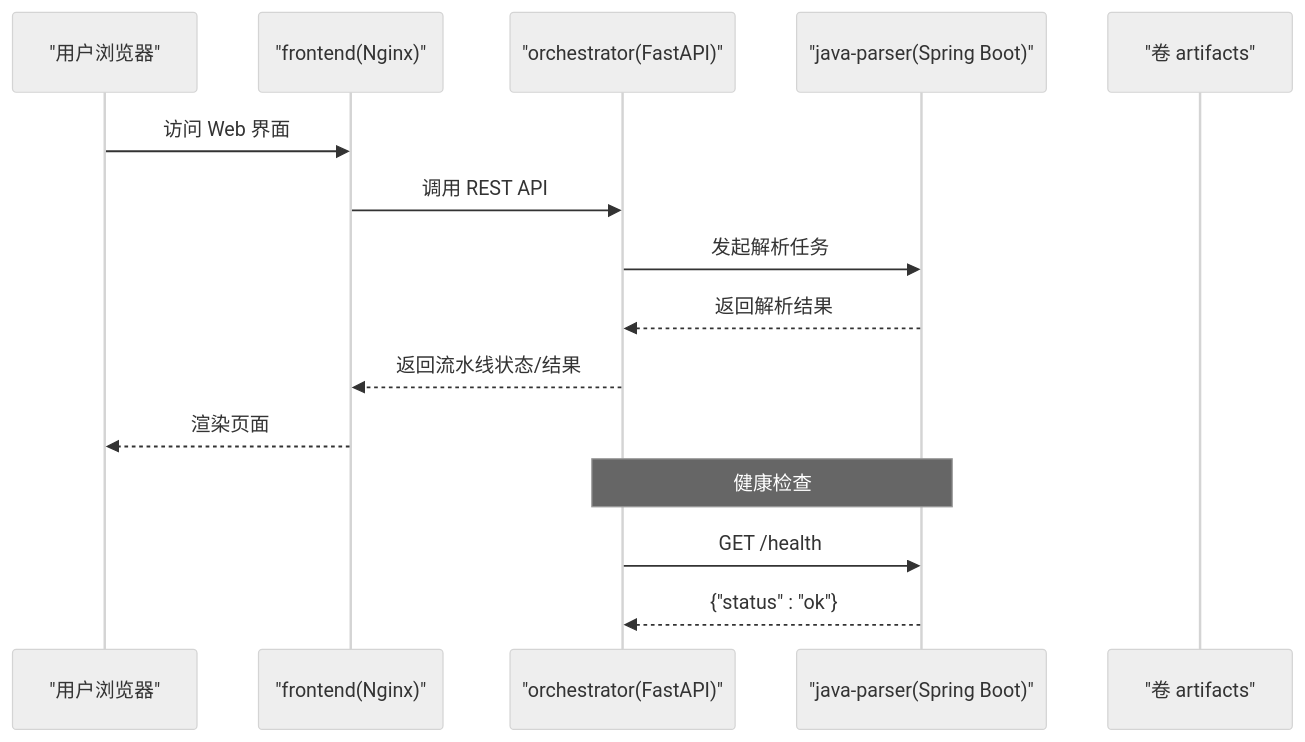
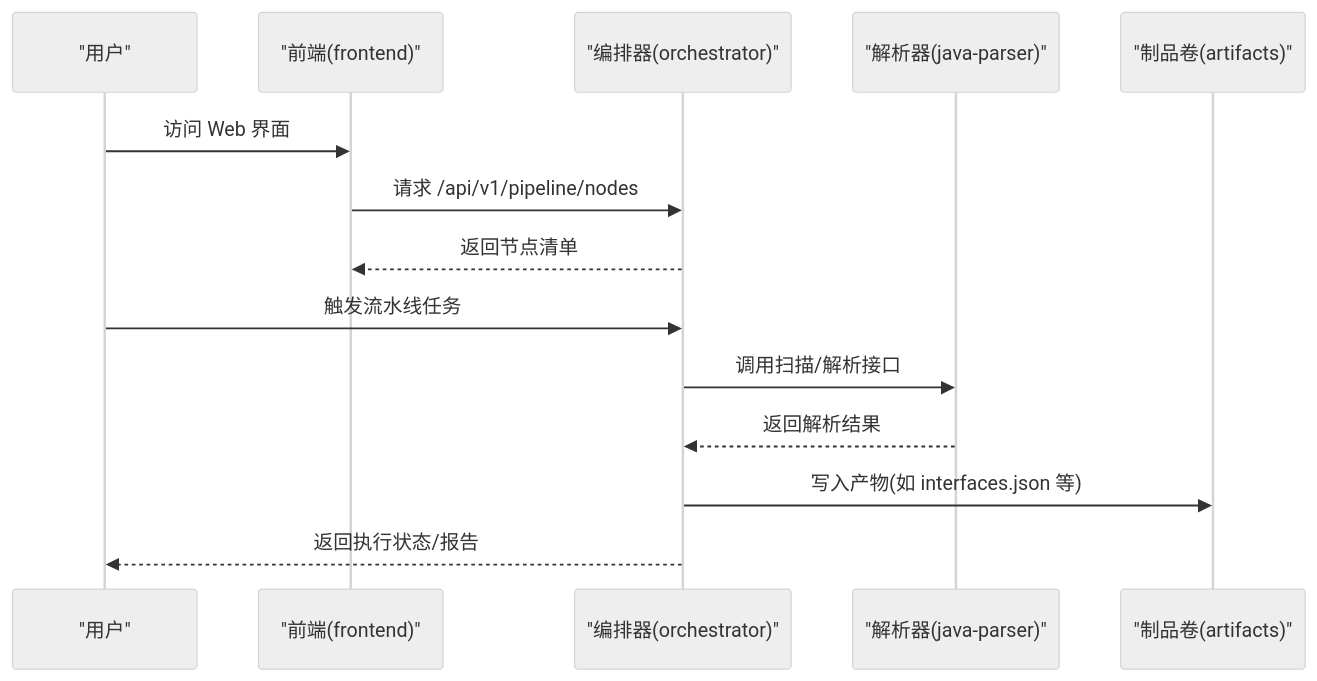
Before and after one commit to Joeyzheng001/LLM-AutoTest: the second of 5 diagrams in .qoder/repowiki/zh/content/部署运维/部署运维.md, drawn with Mermaid (neutral theme). The commit also changed other lines of this file and 186 other files, not shown here.

````diff
--- a/.qoder/repowiki/zh/content/部署运维/部署运维.md
+++ b/.qoder/repowiki/zh/content/部署运维/部署运维.md
@@ -98,17 +79,16 @@
 ```mermaid
 sequenceDiagram
-participant U as "用户浏览器"
-participant FE as "frontend(Nginx)"
-participant ORCH as "orchestrator(FastAPI)"
-participant JP as "java-parser(Spring Boot)"
-participant VOL as "卷 artifacts"
-U->>FE : 访问 Web 界面
-FE->>ORCH : 调用 REST API
-ORCH->>JP : 发起解析任务
-JP-->>ORCH : 返回解析结果
-ORCH-->>FE : 返回流水线状态/结果
-FE-->>U : 渲染页面
-Note over ORCH,JP : 健康检查
-ORCH->>JP : GET /health
-JP-->>ORCH : {"status" : "ok"}
+participant U as "用户"
+participant F as "前端(frontend)"
+participant O as "编排器(orchestrator)"
+participant P as "解析器(java-parser)"
+participant V as "制品卷(artifacts)"
+U->>F : 访问 Web 界面
+F->>O : 请求 /api/v1/pipeline/nodes
+O-->>F : 返回节点清单
+U->>O : 触发流水线任务
+O->>P : 调用扫描/解析接口
+P-->>O : 返回解析结果
+O->>V : 写入产物(如 interfaces.json 等)
+O-->>U : 返回执行状态/报告
 ```
````
